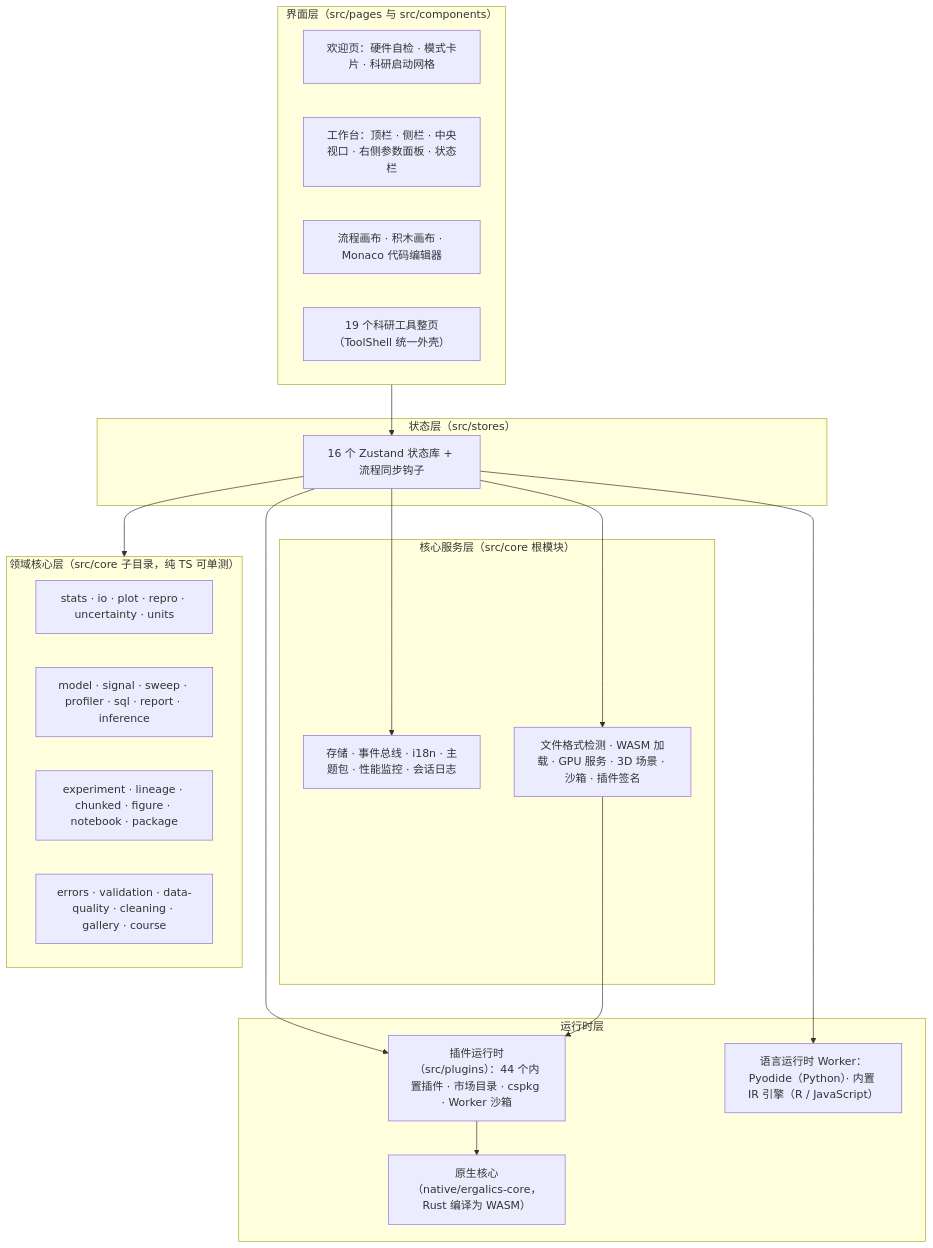
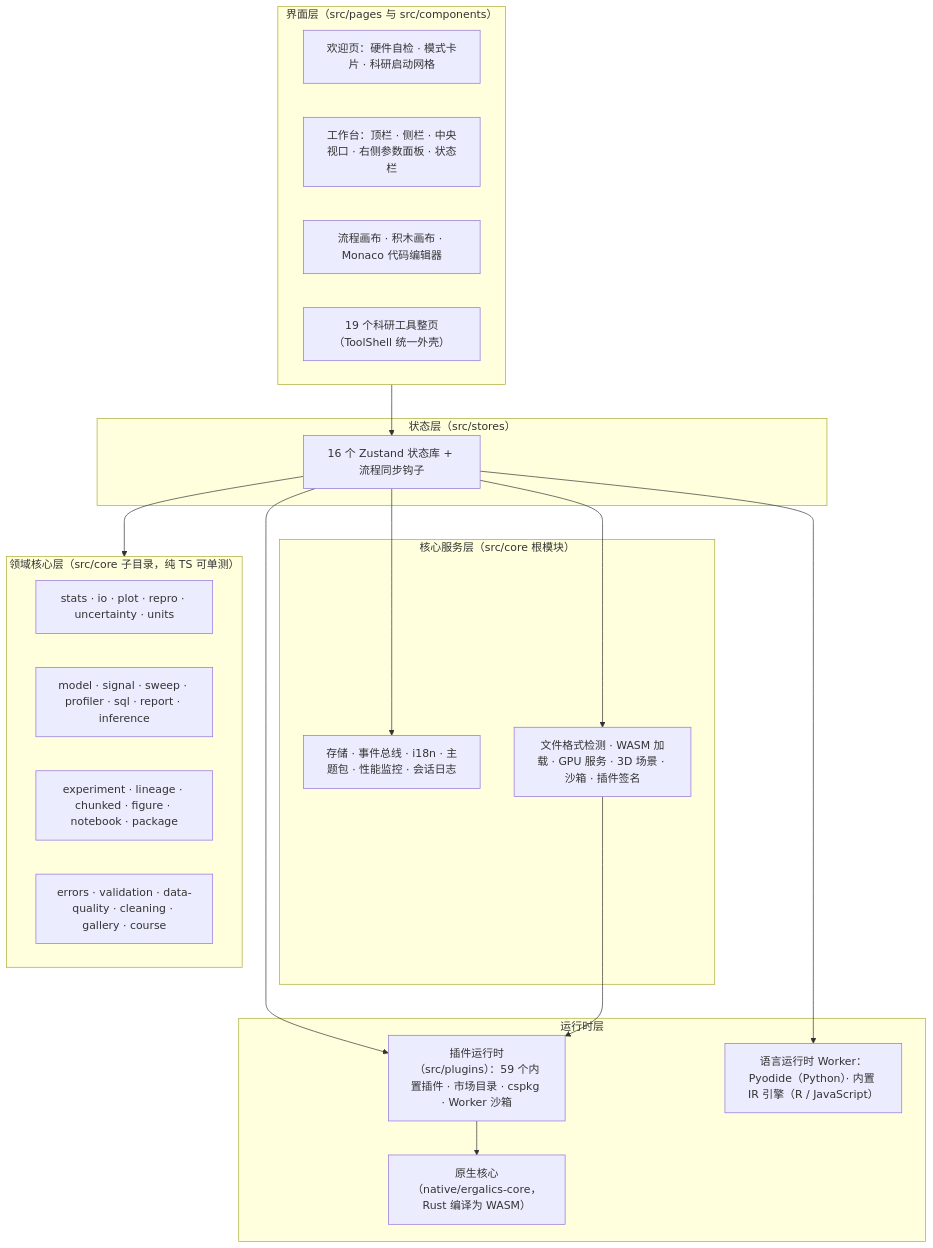
The first of 3 diagrams in docs/technical/02-系统架构.md (SnowLeopard-io/ErgalicsStudio), drawn with Mermaid before and after one commit. The commit also changed other lines of this file and 35 other files, not shown here.

````diff
--- a/docs/technical/02-系统架构.md
+++ b/docs/technical/02-系统架构.md
@@ -9,35 +9,35 @@
 ```mermaid
 flowchart TB
     subgraph L1["界面层（src/pages 与 src/components）"]
         A1["欢迎页：硬件自检 · 模式卡片 · 科研启动网格"]
         A2["工作台：顶栏 · 侧栏 · 中央视口 · 右侧参数面板 · 状态栏"]
         A3["流程画布 · 积木画布 · Monaco 代码编辑器"]
         A4["19 个科研工具整页（ToolShell 统一外壳）"]
     end
     subgraph L2["状态层（src/stores）"]
         B1["16 个 Zustand 状态库 + 流程同步钩子"]
     end
     subgraph L3["核心服务层（src/core 根模块）"]
         C1["存储 · 事件总线 · i18n · 主题包 · 性能监控 · 会话日志"]
         C2["文件格式检测 · WASM 加载 · GPU 服务 · 3D 场景 · 沙箱 · 插件签名"]
     end
     subgraph L35["领域核心层（src/core 子目录，纯 TS 可单测）"]
         E1["stats · io · plot · repro · uncertainty · units"]
         E2["model · signal · sweep · profiler · sql · report · inference"]
         E3["experiment · lineage · chunked · figure · notebook · package"]
         E4["errors · validation · data-quality · cleaning · gallery · course"]
     end
     subgraph L4["运行时层"]
-        D1["插件运行时（src/plugins）：44 个内置插件 · 市场目录 · cspkg · Worker 沙箱"]
+        D1["插件运行时（src/plugins）：59 个内置插件 · 市场目录 · cspkg · Worker 沙箱"]
         D2["原生核心（native/ergalics-core，Rust 编译为 WASM）"]
         D3["语言运行时 Worker：Pyodide（Python）· 内置 IR 引擎（R / JavaScript）"]
     end
     L1 --> B1
     B1 --> C1
     B1 --> C2
     B1 --> L35
     B1 --> D1
     C2 --> D1
     D1 --> D2
     B1 --> D3
 ```
````
